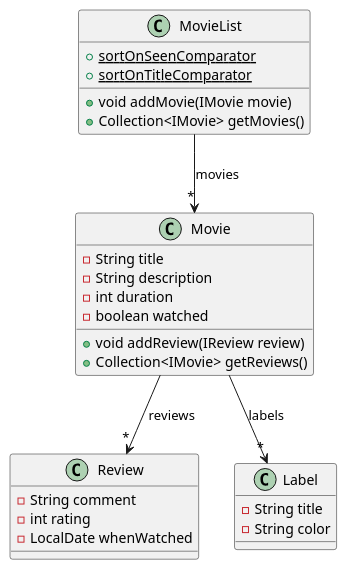
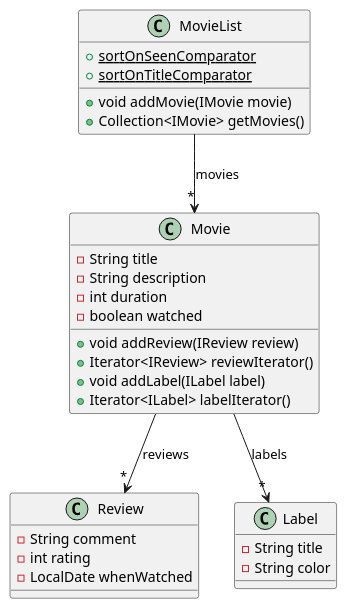
Before and after one commit to paamb/IT1901: the diagram in pmdb/core/src/main/java/core/class.puml, drawn with PlantUML. The commit also changed 4 other files, not shown here.

Commit message:
Changed diagrams and wrote about them in release3

```diff
--- a/pmdb/core/src/main/java/core/class.puml
+++ b/pmdb/core/src/main/java/core/class.puml
@@ -1,31 +1,36 @@
 @startuml
 allow_mixing
 class MovieList{
   +{static} sortOnSeenComparator
   +{static} sortOnTitleComparator
   + void addMovie(IMovie movie)
   + Collection<IMovie> getMovies()
 }
 class Movie{
   - String title
   - String description
   - int duration
   - boolean watched
   + void addReview(IReview review)
-  + Collection<IMovie> getReviews()
+  + Iterator<IReview> reviewIterator()
+  + void addLabel(ILabel label)
+  + Iterator<ILabel> labelIterator()
 }
+
 class Review{
   - String comment
   - int rating
   - LocalDate whenWatched
 }
+
 class Label{
   - String title
   - String color
 }
 
 
 MovieList --> "*" Movie : movies
 Movie --> "*" Review : reviews
 Movie --> "*" Label : labels
+
 @enduml
```
